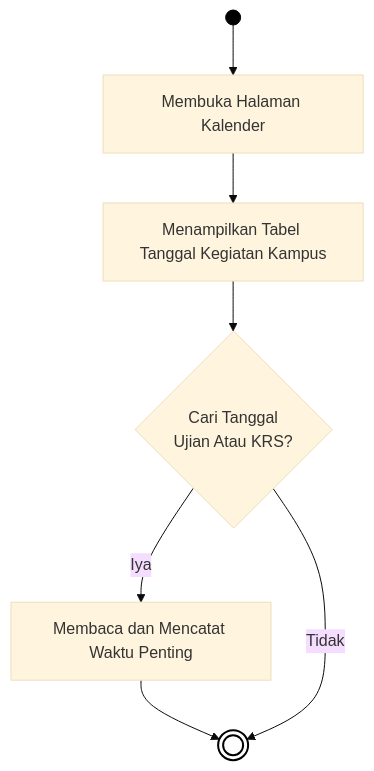
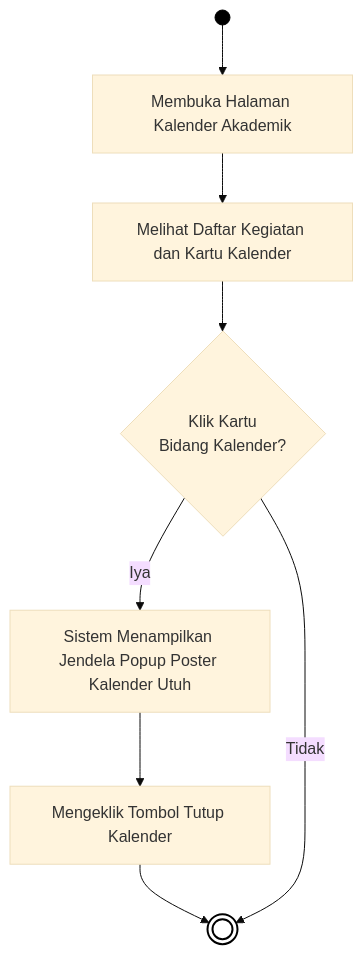
One commit to arbain-dev/Web_fikom changed diagram 12 of 12 in docs/01B_DIAGRAM_AKTIVITAS_PUBLIK.md. Above: the diagram before and after it, drawn with Mermaid (base theme). The commit also changed other lines of this file, not shown here.

Commit message:
docs: menyelaraskan diagram aktivitas publik ke 7-12 secara ekstrem dengan logika codingan realtime

````diff
--- a/docs/01B_DIAGRAM_AKTIVITAS_PUBLIK.md
+++ b/docs/01B_DIAGRAM_AKTIVITAS_PUBLIK.md
@@ -337,15 +357,16 @@
 ```mermaid
 flowchart TD
-    Start(( )) --> A[Membuka Halaman Kalender]
+    Start(( )) --> A[Membuka Halaman Kalender Akademik]
     
-    A --> B[Menampilkan Tabel Tanggal Kegiatan Kampus]
-    B --> C{Cari Tanggal\nUjian Atau KRS?}
+    A --> B[Melihat Daftar Kegiatan dan Kartu Kalender]
+    B --> C{Klik Kartu\nBidang Kalender?}
     
-    C -- Iya --> D[Membaca dan Mencatat Waktu Penting]
-    D --> End((( )))
+    C -- Iya --> D[Sistem Menampilkan Jendela Popup Poster Kalender Utuh]
+    D --> E[Mengeklik Tombol Tutup Kalender]
+    E --> End((( )))
     
     C -- Tidak --> End
     
     style Start fill:#000,stroke:#000,color:#000
     style End fill:#fff,stroke:#000,stroke-width:2px
 ```
````
